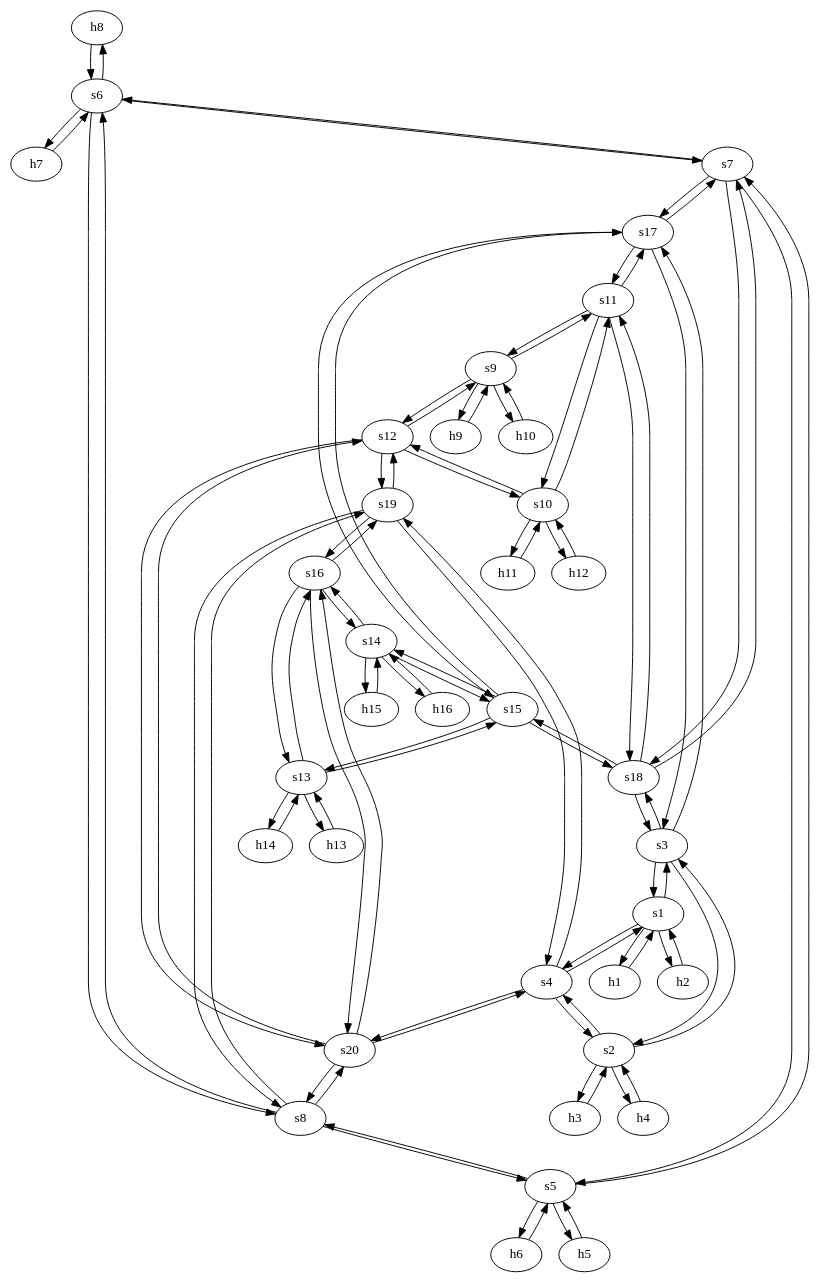
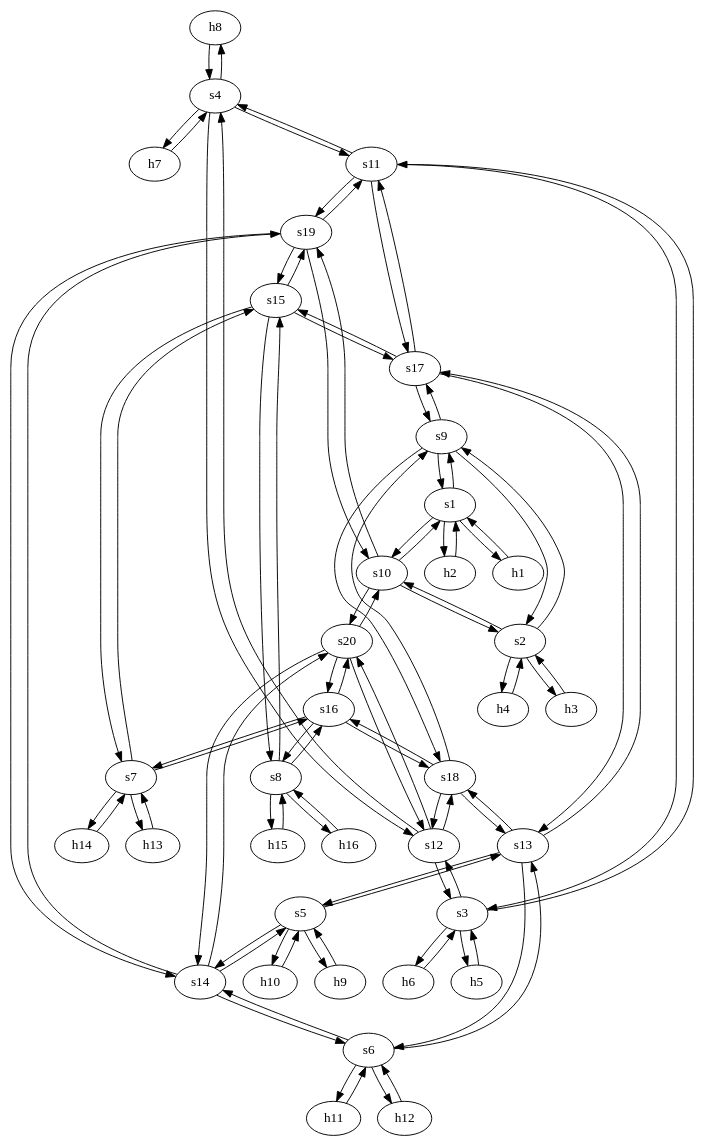
The diagram in examples/output/abfattree-4.dot (frenetic-lang/frenetic), drawn with Graphviz before and after one commit. The commit also changed 36 other files, not shown here.

```diff
--- a/examples/output/abfattree-4.dot
+++ b/examples/output/abfattree-4.dot
@@ -2,20 +2,20 @@
 	h8	 [ip="111.0.0.8",
 		mac="0:0:0:0:0:8",
 		type=host];
-	s6	 [id=6,
+	s4	 [id=4,
 		level="edge",
 		type=switch];
-	h8 -> s6	 [capacity="1Gbps",
+	h8 -> s4	 [capacity="1Gbps",
 		cost=1,
 		dst_port=1,
 		src_port=0];
 	h9	 [ip="111.0.0.9",
 		mac="0:0:0:0:0:9",
 		type=host];
-	s9	 [id=9,
+	s5	 [id=5,
 		level="edge",
 		type=switch];
-	h9 -> s9	 [capacity="1Gbps",
+	h9 -> s5	 [capacity="1Gbps",
 		cost=1,
 		dst_port=0,
 		src_port=0];
@@ -49,17 +49,17 @@
 	h6	 [ip="111.0.0.6",
 		mac="0:0:0:0:0:6",
 		type=host];
-	s5	 [id=5,
+	s3	 [id=3,
 		level="edge",
 		type=switch];
-	h6 -> s5	 [capacity="1Gbps",
+	h6 -> s3	 [capacity="1Gbps",
 		cost=1,
 		dst_port=1,
 		src_port=0];
 	h7	 [ip="111.0.0.7",
 		mac="0:0:0:0:0:7",
 		type=host];
-	h7 -> s6	 [capacity="1Gbps",
+	h7 -> s4	 [capacity="1Gbps",
 		cost=1,
 		dst_port=0,
 		src_port=0];
@@ -73,82 +73,85 @@
 	h5	 [ip="111.0.0.5",
 		mac="0:0:0:0:0:5",
 		type=host];
-	h5 -> s5	 [capacity="1Gbps",
+	h5 -> s3	 [capacity="1Gbps",
 		cost=1,
 		dst_port=0,
 		src_port=0];
-	s9 -> h9	 [capacity="1Gbps",
+	s9	 [id=9,
+		level=aggregation,
+		type=switch];
+	s9 -> s2	 [capacity="1Gbps",
+		cost=1,
+		dst_port=2,
+		src_port=1];
+	s9 -> s1	 [capacity="1Gbps",
+		cost=1,
+		dst_port=2,
+		src_port=0];
+	s18	 [id=18,
+		level=core,
+		type=switch];
+	s9 -> s18	 [capacity="1Gbps",
+		cost=1,
+		dst_port=0,
+		src_port=4];
+	s17	 [id=17,
+		level=core,
+		type=switch];
+	s9 -> s17	 [capacity="1Gbps",
+		cost=1,
+		dst_port=0,
+		src_port=4];
+	s8	 [id=8,
+		level="edge",
+		type=switch];
+	s16	 [id=16,
+		level=aggregation,
+		type=switch];
+	s8 -> s16	 [capacity="1Gbps",
+		cost=1,
+		dst_port=1,
+		src_port=3];
+	s15	 [id=15,
+		level=aggregation,
+		type=switch];
+	s8 -> s15	 [capacity="1Gbps",
+		cost=1,
+		dst_port=1,
+		src_port=2];
+	h15	 [ip="111.0.0.15",
+		mac="0:0:0:0:0:f",
+		type=host];
+	s8 -> h15	 [capacity="1Gbps",
+		cost=1,
+		dst_port=0,
+		src_port=0];
+	h16	 [ip="111.0.0.16",
+		mac="0:0:0:0:0:10",
+		type=host];
+	s8 -> h16	 [capacity="1Gbps",
+		cost=1,
+		dst_port=0,
+		src_port=1];
+	s3 -> h6	 [capacity="1Gbps",
+		cost=1,
+		dst_port=0,
+		src_port=1];
+	s3 -> h5	 [capacity="1Gbps",
 		cost=1,
 		dst_port=0,
 		src_port=0];
 	s12	 [id=12,
 		level=aggregation,
 		type=switch];
-	s9 -> s12	 [capacity="1Gbps",
+	s3 -> s12	 [capacity="1Gbps",
 		cost=1,
 		dst_port=0,
 		src_port=3];
 	s11	 [id=11,
 		level=aggregation,
 		type=switch];
-	s9 -> s11	 [capacity="1Gbps",
-		cost=1,
-		dst_port=0,
-		src_port=2];
-	h10	 [ip="111.0.0.10",
-		mac="0:0:0:0:0:a",
-		type=host];
-	s9 -> h10	 [capacity="1Gbps",
-		cost=1,
-		dst_port=0,
-		src_port=1];
-	s8	 [id=8,
-		level=aggregation,
-		type=switch];
-	s8 -> s6	 [capacity="1Gbps",
-		cost=1,
-		dst_port=3,
-		src_port=1];
-	s8 -> s5	 [capacity="1Gbps",
-		cost=1,
-		dst_port=3,
-		src_port=0];
-	s19	 [id=19,
-		level=core,
-		type=switch];
-	s8 -> s19	 [capacity="1Gbps",
-		cost=1,
-		dst_port=1,
-		src_port=2];
-	s20	 [id=20,
-		level=core,
-		type=switch];
-	s8 -> s20	 [capacity="1Gbps",
-		cost=1,
-		dst_port=1,
-		src_port=3];
-	s3	 [id=3,
-		level=aggregation,
-		type=switch];
-	s3 -> s2	 [capacity="1Gbps",
-		cost=1,
-		dst_port=2,
-		src_port=1];
-	s3 -> s1	 [capacity="1Gbps",
-		cost=1,
-		dst_port=2,
-		src_port=0];
-	s18	 [id=18,
-		level=core,
-		type=switch];
-	s3 -> s18	 [capacity="1Gbps",
-		cost=1,
-		dst_port=0,
-		src_port=3];
-	s17	 [id=17,
-		level=core,
-		type=switch];
-	s3 -> s17	 [capacity="1Gbps",
+	s3 -> s11	 [capacity="1Gbps",
 		cost=1,
 		dst_port=0,
 		src_port=2];
@@ -160,14 +163,14 @@
 		cost=1,
 		dst_port=0,
 		src_port=1];
-	s2 -> s3	 [capacity="1Gbps",
+	s2 -> s9	 [capacity="1Gbps",
 		cost=1,
 		dst_port=1,
 		src_port=2];
-	s4	 [id=4,
+	s10	 [id=10,
 		level=aggregation,
 		type=switch];
-	s2 -> s4	 [capacity="1Gbps",
+	s2 -> s10	 [capacity="1Gbps",
 		cost=1,
 		dst_port=1,
 		src_port=3];
@@ -179,316 +182,313 @@
 		cost=1,
 		dst_port=0,
 		src_port=0];
-	s1 -> s3	 [capacity="1Gbps",
+	s1 -> s9	 [capacity="1Gbps",
 		cost=1,
 		dst_port=0,
 		src_port=2];
-	s1 -> s4	 [capacity="1Gbps",
+	s1 -> s10	 [capacity="1Gbps",
 		cost=1,
 		dst_port=0,
 		src_port=3];
 	s7	 [id=7,
-		level=aggregation,
+		level="edge",
 		type=switch];
-	s7 -> s6	 [capacity="1Gbps",
-		cost=1,
-		dst_port=2,
-		src_port=1];
-	s7 -> s5	 [capacity="1Gbps",
-		cost=1,
-		dst_port=2,
-		src_port=0];
-	s7 -> s18	 [capacity="1Gbps",
-		cost=1,
-		dst_port=1,
-		src_port=3];
-	s7 -> s17	 [capacity="1Gbps",
-		cost=1,
-		dst_port=1,
-		src_port=2];
-	s6 -> h8	 [capacity="1Gbps",
-		cost=1,
-		dst_port=0,
-		src_port=1];
-	s6 -> h7	 [capacity="1Gbps",
-		cost=1,
-		dst_port=0,
-		src_port=0];
-	s6 -> s8	 [capacity="1Gbps",
-		cost=1,
-		dst_port=1,
-		src_port=3];
-	s6 -> s7	 [capacity="1Gbps",
-		cost=1,
-		dst_port=1,
-		src_port=2];
-	s5 -> h6	 [capacity="1Gbps",
-		cost=1,
-		dst_port=0,
-		src_port=1];
-	s5 -> h5	 [capacity="1Gbps",
-		cost=1,
-		dst_port=0,
-		src_port=0];
-	s5 -> s8	 [capacity="1Gbps",
+	s7 -> s16	 [capacity="1Gbps",
 		cost=1,
 		dst_port=0,
 		src_port=3];
-	s5 -> s7	 [capacity="1Gbps",
-		cost=1,
-		dst_port=0,
-		src_port=2];
-	s4 -> s2	 [capacity="1Gbps",
-		cost=1,
-		dst_port=3,
-		src_port=1];
-	s4 -> s1	 [capacity="1Gbps",
-		cost=1,
-		dst_port=3,
-		src_port=0];
-	s4 -> s19	 [capacity="1Gbps",
-		cost=1,
-		dst_port=0,
-		src_port=2];
-	s4 -> s20	 [capacity="1Gbps",
-		cost=1,
-		dst_port=0,
-		src_port=3];
-	s19 -> s8	 [capacity="1Gbps",
-		cost=1,
-		dst_port=2,
-		src_port=1];
-	s19 -> s4	 [capacity="1Gbps",
-		cost=1,
-		dst_port=2,
-		src_port=0];
-	s19 -> s12	 [capacity="1Gbps",
-		cost=1,
-		dst_port=2,
-		src_port=2];
-	s16	 [id=16,
-		level=aggregation,
-		type=switch];
-	s19 -> s16	 [capacity="1Gbps",
-		cost=1,
-		dst_port=2,
-		src_port=3];
-	s18 -> s3	 [capacity="1Gbps",
-		cost=1,
-		dst_port=3,
-		src_port=0];
-	s18 -> s7	 [capacity="1Gbps",
-		cost=1,
-		dst_port=3,
-		src_port=1];
-	s18 -> s11	 [capacity="1Gbps",
-		cost=1,
-		dst_port=3,
-		src_port=2];
-	s15	 [id=15,
-		level=aggregation,
-		type=switch];
-	s18 -> s15	 [capacity="1Gbps",
-		cost=1,
-		dst_port=3,
-		src_port=3];
-	s13	 [id=13,
-		level="edge",
-		type=switch];
-	s13 -> s16	 [capacity="1Gbps",
-		cost=1,
-		dst_port=0,
-		src_port=3];
-	s13 -> s15	 [capacity="1Gbps",
+	s7 -> s15	 [capacity="1Gbps",
 		cost=1,
 		dst_port=0,
 		src_port=2];
 	h13	 [ip="111.0.0.13",
 		mac="0:0:0:0:0:d",
 		type=host];
-	s13 -> h13	 [capacity="1Gbps",
+	s7 -> h13	 [capacity="1Gbps",
 		cost=1,
 		dst_port=0,
 		src_port=0];
 	h14	 [ip="111.0.0.14",
 		mac="0:0:0:0:0:e",
 		type=host];
-	s13 -> h14	 [capacity="1Gbps",
+	s7 -> h14	 [capacity="1Gbps",
 		cost=1,
 		dst_port=0,
 		src_port=1];
-	s12 -> s9	 [capacity="1Gbps",
-		cost=1,
-		dst_port=3,
-		src_port=0];
-	s12 -> s19	 [capacity="1Gbps",
-		cost=1,
-		dst_port=2,
-		src_port=2];
-	s10	 [id=10,
+	s6	 [id=6,
 		level="edge",
 		type=switch];
-	s12 -> s10	 [capacity="1Gbps",
+	s13	 [id=13,
+		level=aggregation,
+		type=switch];
+	s6 -> s13	 [capacity="1Gbps",
 		cost=1,
-		dst_port=3,
-		src_port=1];
-	s12 -> s20	 [capacity="1Gbps",
-		cost=1,
-		dst_port=2,
-		src_port=3];
-	s11 -> s9	 [capacity="1Gbps",
-		cost=1,
-		dst_port=2,
-		src_port=0];
-	s11 -> s18	 [capacity="1Gbps",
-		cost=1,
-		dst_port=2,
-		src_port=3];
-	s11 -> s10	 [capacity="1Gbps",
-		cost=1,
-		dst_port=2,
-		src_port=1];
-	s11 -> s17	 [capacity="1Gbps",
-		cost=1,
-		dst_port=2,
+		dst_port=1,
 		src_port=2];
-	s10 -> s12	 [capacity="1Gbps",
+	s14	 [id=14,
+		level=aggregation,
+		type=switch];
+	s6 -> s14	 [capacity="1Gbps",
 		cost=1,
 		dst_port=1,
 		src_port=3];
-	s10 -> s11	 [capacity="1Gbps",
-		cost=1,
-		dst_port=1,
-		src_port=2];
 	h11	 [ip="111.0.0.11",
 		mac="0:0:0:0:0:b",
 		type=host];
-	s10 -> h11	 [capacity="1Gbps",
+	s6 -> h11	 [capacity="1Gbps",
 		cost=1,
 		dst_port=0,
 		src_port=0];
 	h12	 [ip="111.0.0.12",
 		mac="0:0:0:0:0:c",
 		type=host];
-	s10 -> h12	 [capacity="1Gbps",
+	s6 -> h12	 [capacity="1Gbps",
 		cost=1,
 		dst_port=0,
 		src_port=1];
-	s17 -> s3	 [capacity="1Gbps",
+	s5 -> h9	 [capacity="1Gbps",
+		cost=1,
+		dst_port=0,
+		src_port=0];
+	s5 -> s13	 [capacity="1Gbps",
+		cost=1,
+		dst_port=0,
+		src_port=2];
+	s5 -> s14	 [capacity="1Gbps",
+		cost=1,
+		dst_port=0,
+		src_port=3];
+	h10	 [ip="111.0.0.10",
+		mac="0:0:0:0:0:a",
+		type=host];
+	s5 -> h10	 [capacity="1Gbps",
+		cost=1,
+		dst_port=0,
+		src_port=1];
+	s4 -> h8	 [capacity="1Gbps",
+		cost=1,
+		dst_port=0,
+		src_port=1];
+	s4 -> h7	 [capacity="1Gbps",
+		cost=1,
+		dst_port=0,
+		src_port=0];
+	s4 -> s12	 [capacity="1Gbps",
+		cost=1,
+		dst_port=1,
+		src_port=3];
+	s4 -> s11	 [capacity="1Gbps",
+		cost=1,
+		dst_port=1,
+		src_port=2];
+	s19	 [id=19,
+		level=core,
+		type=switch];
+	s19 -> s11	 [capacity="1Gbps",
+		cost=1,
+		dst_port=4,
+		src_port=0];
+	s19 -> s10	 [capacity="1Gbps",
+		cost=1,
+		dst_port=5,
+		src_port=0];
+	s19 -> s15	 [capacity="1Gbps",
+		cost=1,
+		dst_port=4,
+		src_port=0];
+	s19 -> s14	 [capacity="1Gbps",
+		cost=1,
+		dst_port=5,
+		src_port=0];
+	s18 -> s9	 [capacity="1Gbps",
+		cost=1,
+		dst_port=4,
+		src_port=0];
+	s18 -> s13	 [capacity="1Gbps",
+		cost=1,
+		dst_port=4,
+		src_port=0];
+	s18 -> s12	 [capacity="1Gbps",
+		cost=1,
+		dst_port=5,
+		src_port=0];
+	s18 -> s16	 [capacity="1Gbps",
+		cost=1,
+		dst_port=5,
+		src_port=0];
+	s13 -> s6	 [capacity="1Gbps",
+		cost=1,
+		dst_port=2,
+		src_port=1];
+	s13 -> s5	 [capacity="1Gbps",
 		cost=1,
 		dst_port=2,
 		src_port=0];
-	s17 -> s7	 [capacity="1Gbps",
+	s13 -> s18	 [capacity="1Gbps",
+		cost=1,
+		dst_port=0,
+		src_port=4];
+	s13 -> s17	 [capacity="1Gbps",
+		cost=1,
+		dst_port=0,
+		src_port=4];
+	s12 -> s3	 [capacity="1Gbps",
+		cost=1,
+		dst_port=3,
+		src_port=0];
+	s12 -> s4	 [capacity="1Gbps",
+		cost=1,
+		dst_port=3,
+		src_port=1];
+	s12 -> s18	 [capacity="1Gbps",
+		cost=1,
+		dst_port=0,
+		src_port=5];
+	s20	 [id=20,
+		level=core,
+		type=switch];
+	s12 -> s20	 [capacity="1Gbps",
+		cost=1,
+		dst_port=0,
+		src_port=5];
+	s11 -> s3	 [capacity="1Gbps",
+		cost=1,
+		dst_port=2,
+		src_port=0];
+	s11 -> s4	 [capacity="1Gbps",
 		cost=1,
 		dst_port=2,
 		src_port=1];
-	s17 -> s11	 [capacity="1Gbps",
+	s11 -> s19	 [capacity="1Gbps",
 		cost=1,
-		dst_port=2,
-		src_port=2];
-	s17 -> s15	 [capacity="1Gbps",
+		dst_port=0,
+		src_port=4];
+	s11 -> s17	 [capacity="1Gbps",
 		cost=1,
-		dst_port=2,
-		src_port=3];
-	s16 -> s19	 [capacity="1Gbps",
+		dst_port=0,
+		src_port=4];
+	s10 -> s2	 [capacity="1Gbps",
 		cost=1,
 		dst_port=3,
-		src_port=2];
-	s16 -> s13	 [capacity="1Gbps",
+		src_port=1];
+	s10 -> s1	 [capacity="1Gbps",
 		cost=1,
 		dst_port=3,
 		src_port=0];
-	s14	 [id=14,
-		level="edge",
-		type=switch];
-	s16 -> s14	 [capacity="1Gbps",
+	s10 -> s19	 [capacity="1Gbps",
+		cost=1,
+		dst_port=0,
+		src_port=5];
+	s10 -> s20	 [capacity="1Gbps",
+		cost=1,
+		dst_port=0,
+		src_port=5];
+	s17 -> s9	 [capacity="1Gbps",
+		cost=1,
+		dst_port=4,
+		src_port=0];
+	s17 -> s13	 [capacity="1Gbps",
+		cost=1,
+		dst_port=4,
+		src_port=0];
+	s17 -> s11	 [capacity="1Gbps",
+		cost=1,
+		dst_port=4,
+		src_port=0];
+	s17 -> s15	 [capacity="1Gbps",
+		cost=1,
+		dst_port=4,
+		src_port=0];
+	s16 -> s8	 [capacity="1Gbps",
 		cost=1,
 		dst_port=3,
 		src_port=1];
+	s16 -> s7	 [capacity="1Gbps",
+		cost=1,
+		dst_port=3,
+		src_port=0];
+	s16 -> s18	 [capacity="1Gbps",
+		cost=1,
+		dst_port=0,
+		src_port=5];
 	s16 -> s20	 [capacity="1Gbps",
 		cost=1,
-		dst_port=3,
-		src_port=3];
-	s15 -> s18	 [capacity="1Gbps",
+		dst_port=0,
+		src_port=5];
+	s15 -> s8	 [capacity="1Gbps",
 		cost=1,
-		dst_port=3,
-		src_port=3];
-	s15 -> s13	 [capacity="1Gbps",
+		dst_port=2,
+		src_port=1];
+	s15 -> s7	 [capacity="1Gbps",
 		cost=1,
 		dst_port=2,
 		src_port=0];
+	s15 -> s19	 [capacity="1Gbps",
+		cost=1,
+		dst_port=0,
+		src_port=4];
 	s15 -> s17	 [capacity="1Gbps",
 		cost=1,
+		dst_port=0,
+		src_port=4];
+	s14 -> s6	 [capacity="1Gbps",
+		cost=1,
 		dst_port=3,
-		src_port=2];
-	s15 -> s14	 [capacity="1Gbps",
+		src_port=1];
+	s14 -> s5	 [capacity="1Gbps",
 		cost=1,
-		dst_port=2,
-		src_port=1];
-	s14 -> s16	 [capacity="1Gbps",
+		dst_port=3,
+		src_port=0];
+	s14 -> s19	 [capacity="1Gbps",
+		cost=1,
+		dst_port=0,
+		src_port=5];
+	s14 -> s20	 [capacity="1Gbps",
+		cost=1,
+		dst_port=0,
+		src_port=5];
+	h10 -> s5	 [capacity="1Gbps",
 		cost=1,
 		dst_port=1,
-		src_port=3];
-	s14 -> s15	 [capacity="1Gbps",
-		cost=1,
-		dst_port=1,
-		src_port=2];
-	h15	 [ip="111.0.0.15",
-		mac="0:0:0:0:0:f",
-		type=host];
-	s14 -> h15	 [capacity="1Gbps",
+		src_port=0];
+	h11 -> s6	 [capacity="1Gbps",
 		cost=1,
 		dst_port=0,
 		src_port=0];
-	h16	 [ip="111.0.0.16",
-		mac="0:0:0:0:0:10",
-		type=host];
-	s14 -> h16	 [capacity="1Gbps",
-		cost=1,
-		dst_port=0,
-		src_port=1];
-	h10 -> s9	 [capacity="1Gbps",
+	h12 -> s6	 [capacity="1Gbps",
 		cost=1,
 		dst_port=1,
 		src_port=0];
-	h11 -> s10	 [capacity="1Gbps",
+	h13 -> s7	 [capacity="1Gbps",
 		cost=1,
 		dst_port=0,
 		src_port=0];
-	h12 -> s10	 [capacity="1Gbps",
+	h14 -> s7	 [capacity="1Gbps",
 		cost=1,
 		dst_port=1,
 		src_port=0];
-	h13 -> s13	 [capacity="1Gbps",
+	h15 -> s8	 [capacity="1Gbps",
 		cost=1,
 		dst_port=0,
 		src_port=0];
-	h14 -> s13	 [capacity="1Gbps",
+	h16 -> s8	 [capacity="1Gbps",
 		cost=1,
 		dst_port=1,
 		src_port=0];
-	h15 -> s14	 [capacity="1Gbps",
-		cost=1,
-		dst_port=0,
-		src_port=0];
-	h16 -> s14	 [capacity="1Gbps",
-		cost=1,
-		dst_port=1,
-		src_port=0];
-	s20 -> s8	 [capacity="1Gbps",
-		cost=1,
-		dst_port=3,
-		src_port=1];
-	s20 -> s4	 [capacity="1Gbps",
-		cost=1,
-		dst_port=3,
-		src_port=0];
 	s20 -> s12	 [capacity="1Gbps",
 		cost=1,
-		dst_port=3,
-		src_port=2];
+		dst_port=5,
+		src_port=0];
+	s20 -> s10	 [capacity="1Gbps",
+		cost=1,
+		dst_port=5,
+		src_port=0];
 	s20 -> s16	 [capacity="1Gbps",
 		cost=1,
-		dst_port=3,
-		src_port=3];
+		dst_port=5,
+		src_port=0];
+	s20 -> s14	 [capacity="1Gbps",
+		cost=1,
+		dst_port=5,
+		src_port=0];
 }
```
